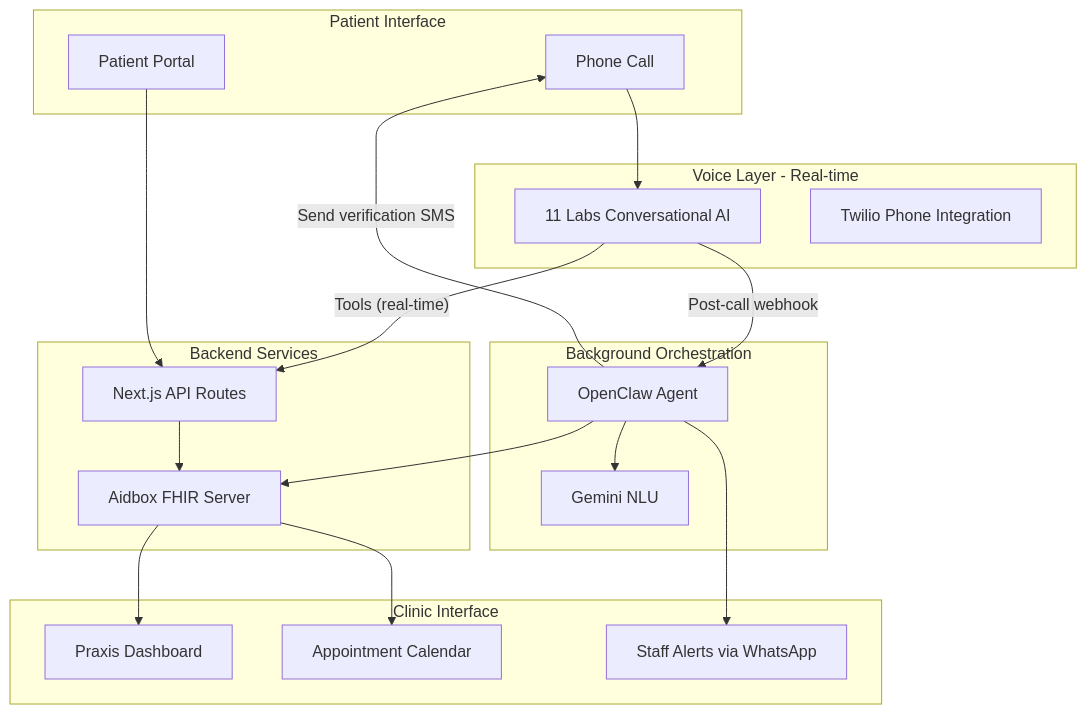
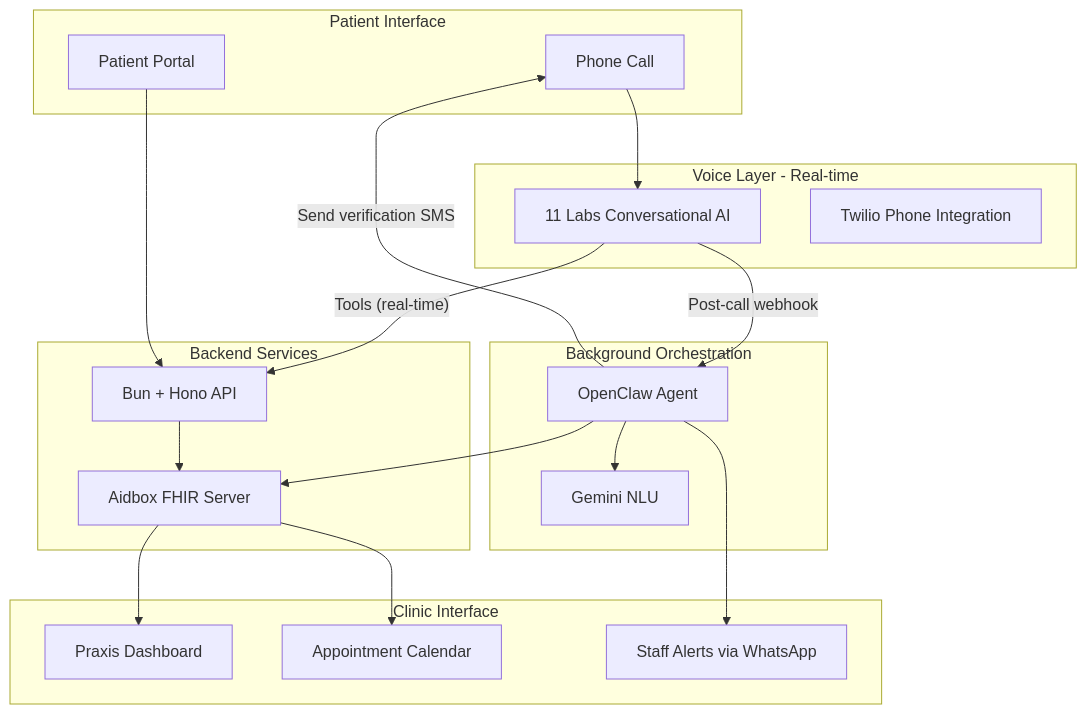
One commit to sussdorff/ignis changed the first of 5 diagrams in docs/PLAN.md. Above: the diagram before and after it, drawn with Mermaid. The commit also changed other lines of this file, not shown here.

Commit message:
Update project plan to transition from Next.js to Bun with Hono API for backend services and Vite React for frontend. Adjusted todos, flowcharts, and key files to reflect new architecture and file structure.

````diff
--- a/docs/PLAN.md
+++ b/docs/PLAN.md
@@ -30,40 +30,40 @@
 ```mermaid
 flowchart TB
     subgraph PatientInterface [Patient Interface]
         Phone[Phone Call]
         WebPortal[Patient Portal]
     end
     
     subgraph VoiceLayer [Voice Layer - Real-time]
         ElevenLabs[11 Labs Conversational AI]
         Twilio[Twilio Phone Integration]
     end
     
     subgraph Backend [Backend Services]
-        NextAPI[Next.js API Routes]
+        BunAPI[Bun + Hono API]
         Aidbox[Aidbox FHIR Server]
     end
     
     subgraph Background [Background Orchestration]
         OpenClaw[OpenClaw Agent]
         Gemini[Gemini NLU]
     end
     
     subgraph ClinicInterface [Clinic Interface]
         Dashboard[Praxis Dashboard]
         Calendar[Appointment Calendar]
         StaffAlerts[Staff Alerts via WhatsApp]
     end
     
     Phone --> ElevenLabs
-    ElevenLabs -->|"Tools (real-time)"| NextAPI
+    ElevenLabs -->|"Tools (real-time)"| BunAPI
     ElevenLabs -->|"Post-call webhook"| OpenClaw
-    WebPortal --> NextAPI
-    NextAPI --> Aidbox
+    WebPortal --> BunAPI
+    BunAPI --> Aidbox
     OpenClaw --> Gemini
     OpenClaw --> Aidbox
     OpenClaw -->|"Send verification SMS"| Phone
     OpenClaw --> StaffAlerts
     Aidbox --> Dashboard
     Aidbox --> Calendar
 ```
````
